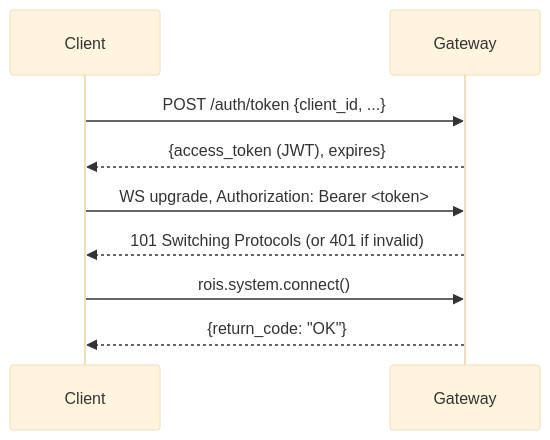
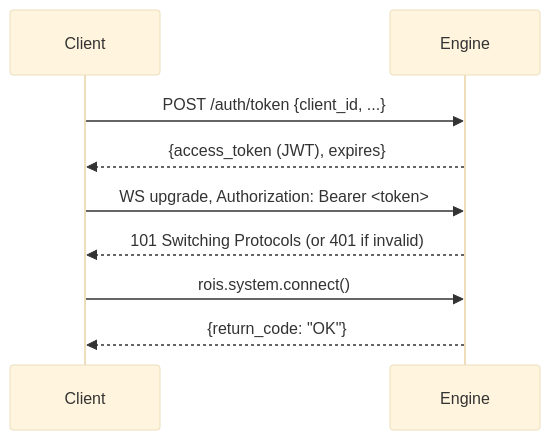
One commit to openrois/openrois changed diagram 14 of 17 in docs/white-paper.md. Above: the diagram before and after it, drawn with Mermaid (base theme). The commit also changed other lines of this file and 48 other files, not shown here.

First line of the commit message:
docs: align architecture diagram and terminology across public docs

````diff
--- a/docs/white-paper.md
+++ b/docs/white-paper.md
@@ -1452,14 +1470,14 @@
 ```mermaid
 sequenceDiagram
     participant Client
-    participant Gateway
+    participant Engine
 
-    Client->>Gateway: POST /auth/token {client_id, ...}
-    Gateway-->>Client: {access_token (JWT), expires}
+    Client->>Engine: POST /auth/token {client_id, ...}
+    Engine-->>Client: {access_token (JWT), expires}
 
-    Client->>Gateway: WS upgrade, Authorization: Bearer <token>
-    Gateway-->>Client: 101 Switching Protocols (or 401 if invalid)
+    Client->>Engine: WS upgrade, Authorization: Bearer <token>
+    Engine-->>Client: 101 Switching Protocols (or 401 if invalid)
 
-    Client->>Gateway: rois.system.connect()
-    Gateway-->>Client: {return_code: "OK"}
+    Client->>Engine: rois.system.connect()
+    Engine-->>Client: {return_code: "OK"}
 ```
````
